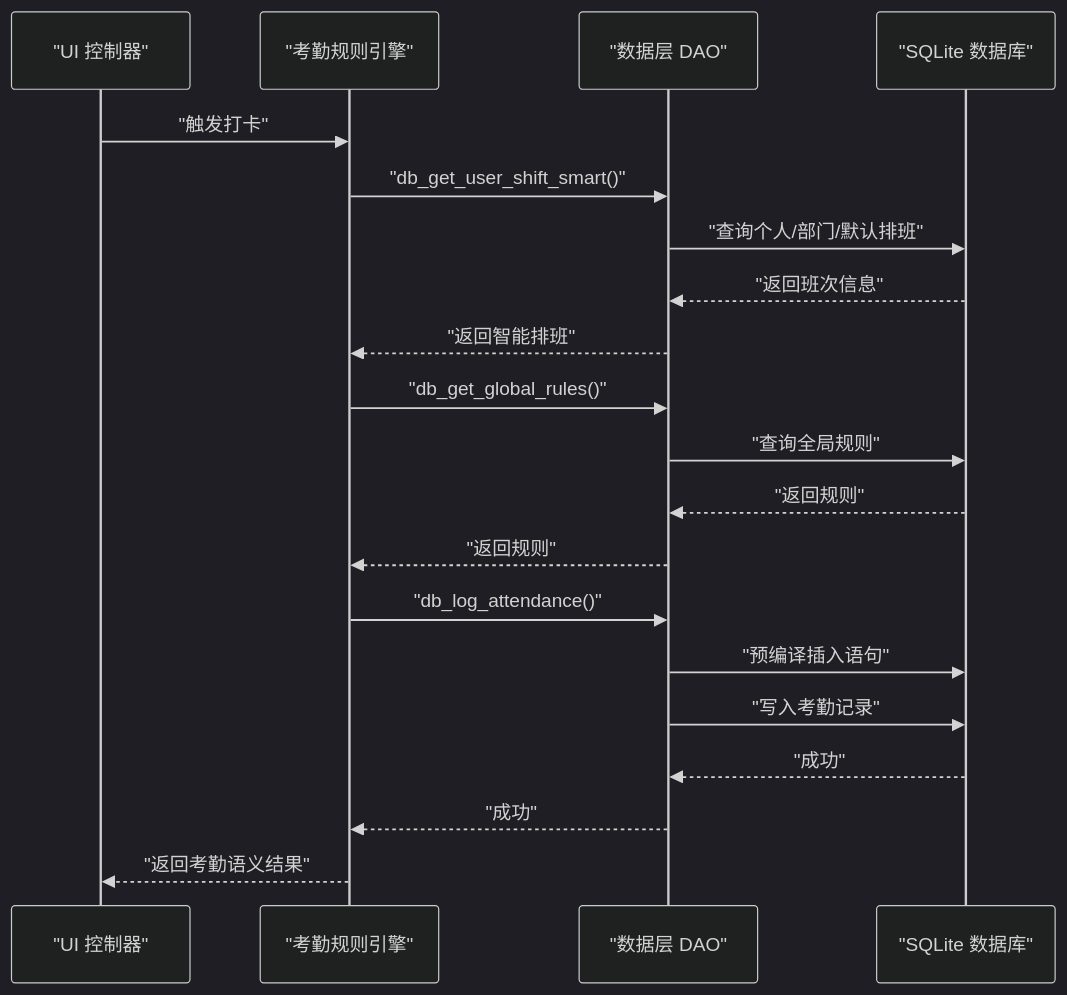
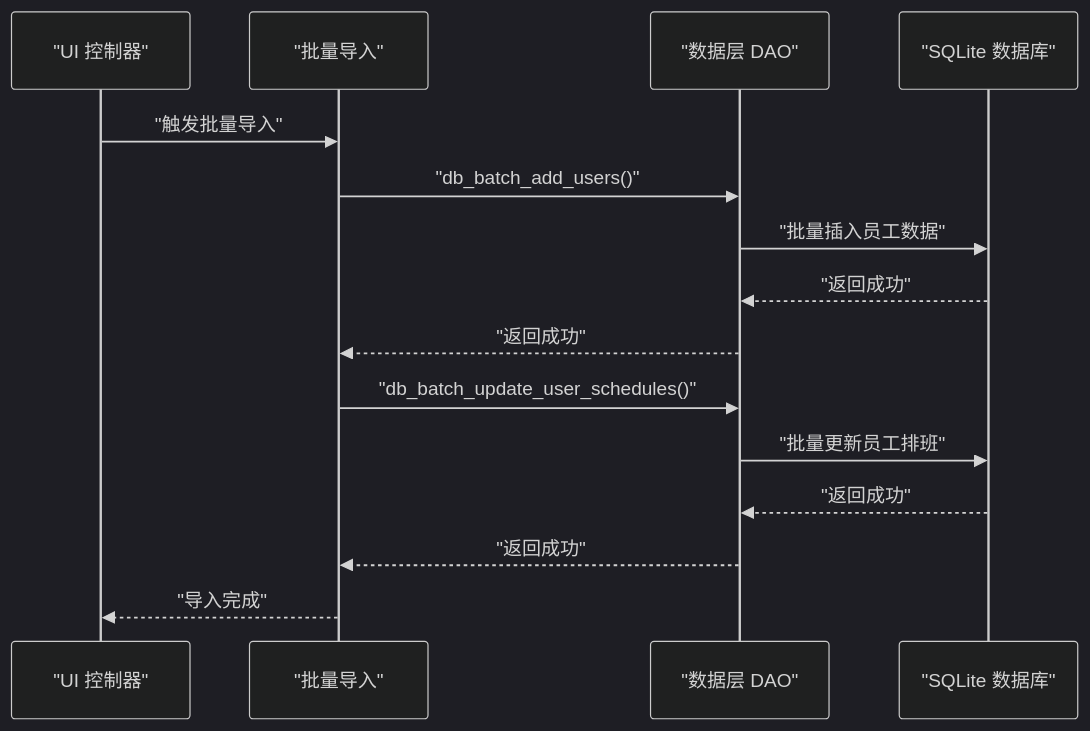
One commit to Drunk552/SmartAttendance changed the fourth of 4 diagrams in .qoder/repowiki/zh/content/数据库设计.md. Above: the diagram before and after it, drawn with Mermaid (dark theme). The commit also changed other lines of this file and 13 other files, not shown here.

````diff
--- a/.qoder/repowiki/zh/content/数据库设计.md
+++ b/.qoder/repowiki/zh/content/数据库设计.md
@@ -309,22 +334,17 @@
 ```mermaid
 sequenceDiagram
 participant UI as "UI 控制器"
-participant Rule as "考勤规则引擎"
+participant Import as "批量导入"
 participant DAO as "数据层 DAO"
 participant DB as "SQLite 数据库"
-UI->>Rule : "触发打卡"
-Rule->>DAO : "db_get_user_shift_smart()"
-DAO->>DB : "查询个人/部门/默认排班"
-DB-->>DAO : "返回班次信息"
-DAO-->>Rule : "返回智能排班"
-Rule->>DAO : "db_get_global_rules()"
-DAO->>DB : "查询全局规则"
-DB-->>DAO : "返回规则"
-DAO-->>Rule : "返回规则"
-Rule->>DAO : "db_log_attendance()"
-DAO->>DB : "预编译插入语句"
-DAO->>DB : "写入考勤记录"
-DB-->>DAO : "成功"
-DAO-->>Rule : "成功"
-Rule-->>UI : "返回考勤语义结果"
+UI->>Import : "触发批量导入"
+Import->>DAO : "db_batch_add_users()"
+DAO->>DB : "批量插入员工数据"
+DB-->>DAO : "返回成功"
+DAO-->>Import : "返回成功"
+Import->>DAO : "db_batch_update_user_schedules()"
+DAO->>DB : "批量更新员工排班"
+DB-->>DAO : "返回成功"
+DAO-->>Import : "返回成功"
+Import-->>UI : "导入完成"
 ```
````
